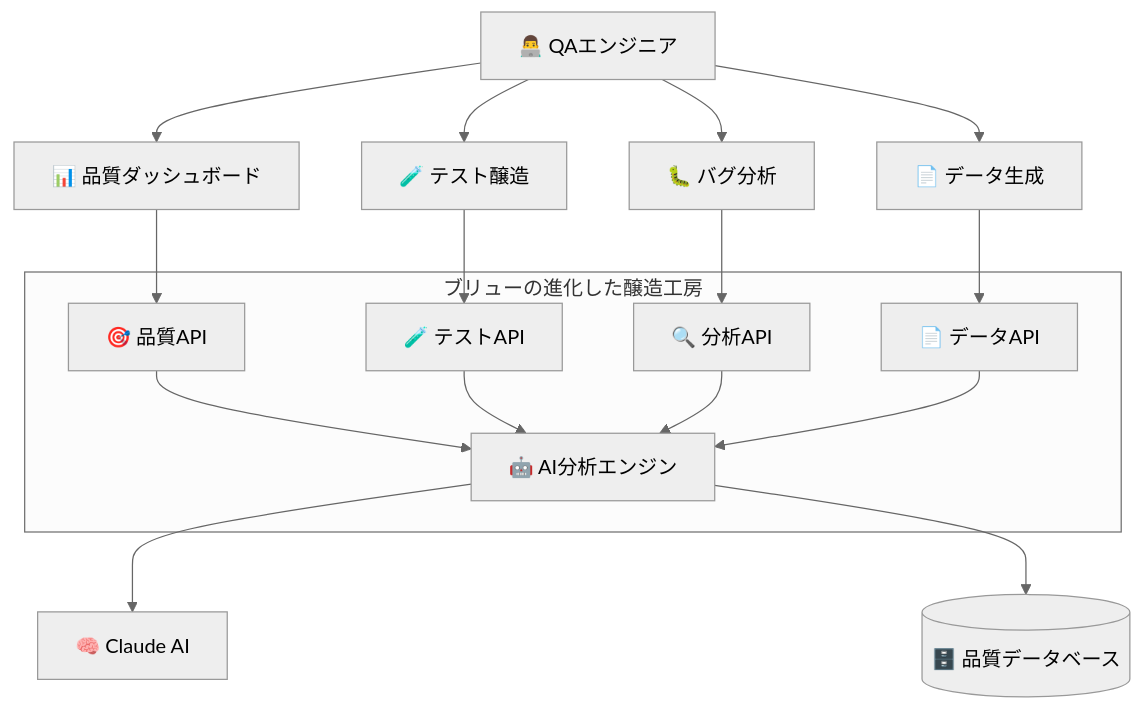
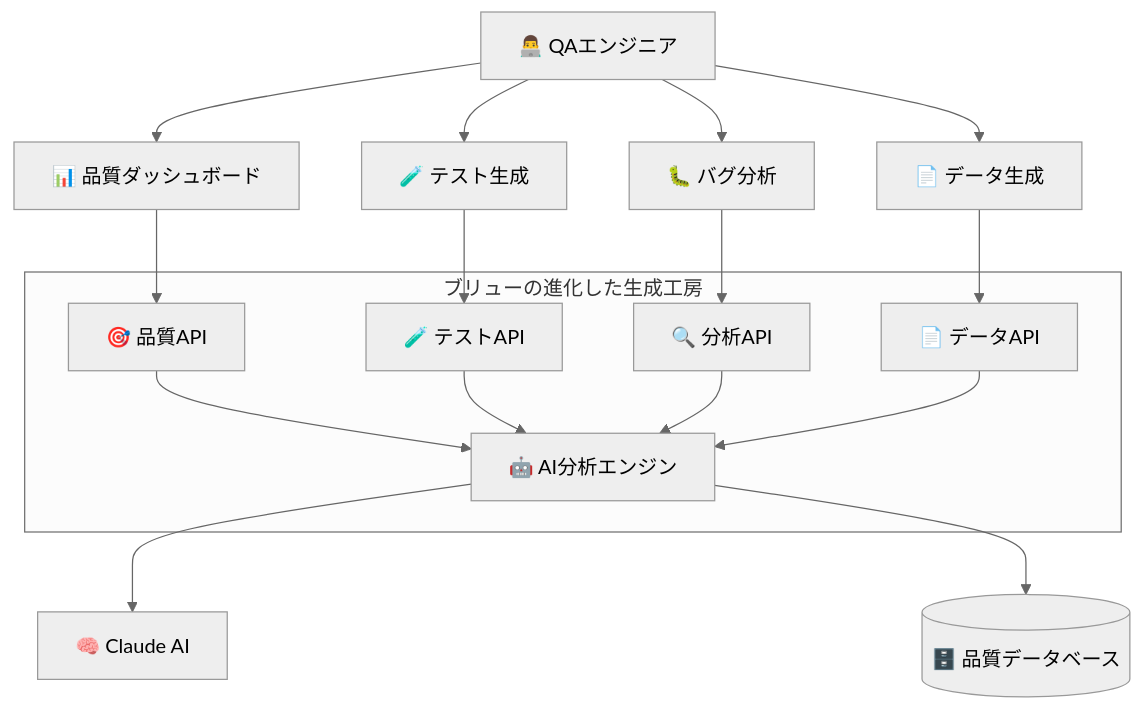
Before and after one commit to Rons-29/td-buddy-app: the second of 2 diagrams in README.md, drawn with Mermaid (neutral theme). The commit also changed other lines of this file and 45 other files, not shown here.

````diff
--- a/README.md
+++ b/README.md
@@ -185,28 +185,28 @@
 ```mermaid
 graph TB
     QA[👨‍💻 QAエンジニア] --> Dashboard[📊 品質ダッシュボード]
-    QA --> TestGen[🧪 テスト醸造]
+    QA --> TestGen[🧪 テスト生成]
     QA --> BugAnalysis[🐛 バグ分析]
     QA --> DataGen[📄 データ生成]
 
     Dashboard --> QualityAPI[🎯 品質API]
     TestGen --> TestAPI[🧪 テストAPI]
     BugAnalysis --> AnalysisAPI[🔍 分析API]
     DataGen --> DataAPI[📄 データAPI]
 
     QualityAPI --> AIEngine[🤖 AI分析エンジン]
     TestAPI --> AIEngine
     AnalysisAPI --> AIEngine
     DataAPI --> AIEngine
 
     AIEngine --> Claude[🧠 Claude AI]
     AIEngine --> QualityDB[(🗄️ 品質データベース)]
 
-    subgraph "ブリューの進化した醸造工房"
+    subgraph "ブリューの進化した生成工房"
         QualityAPI
         TestAPI
         AnalysisAPI
         DataAPI
         AIEngine
     end
 ```
````
